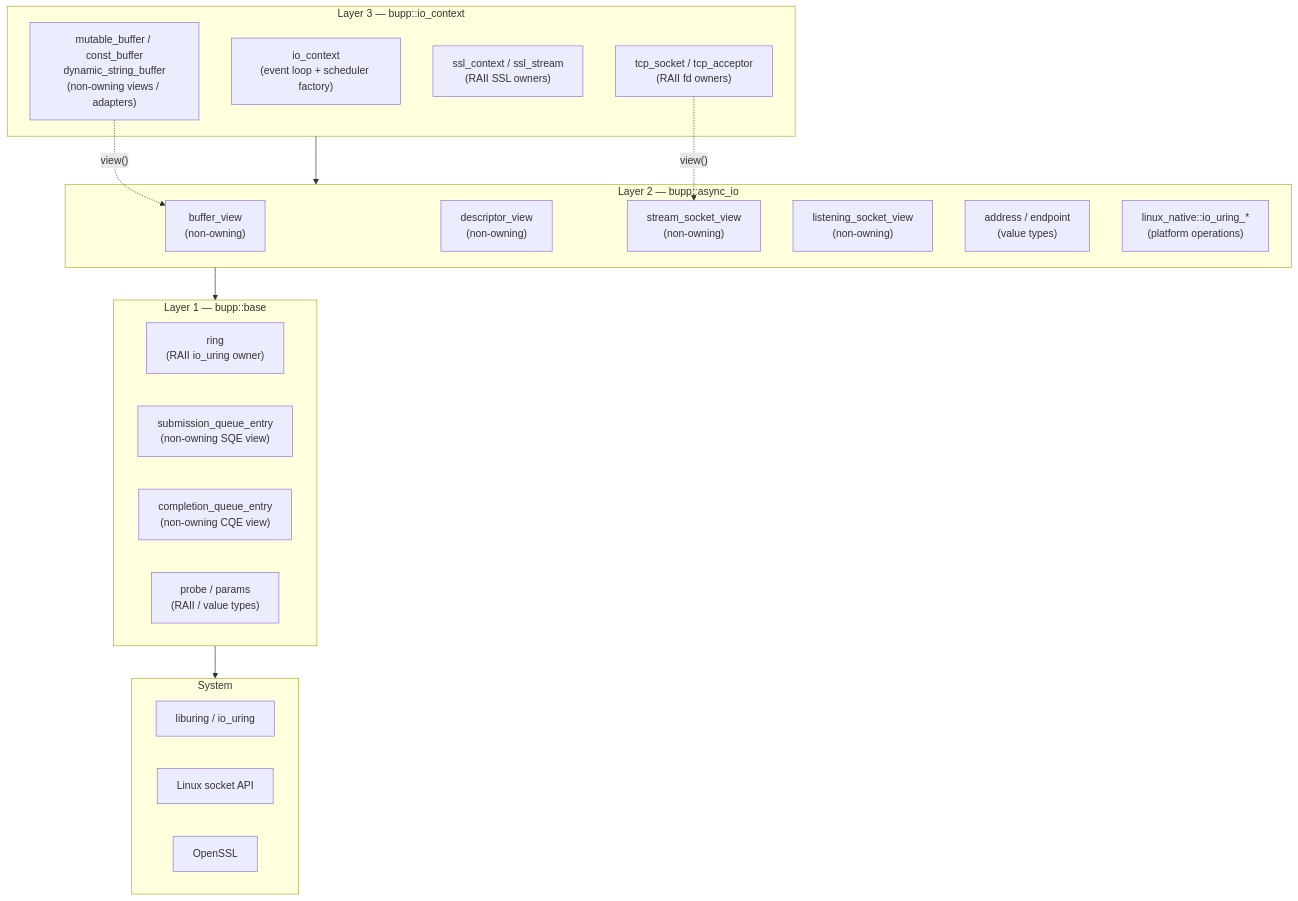
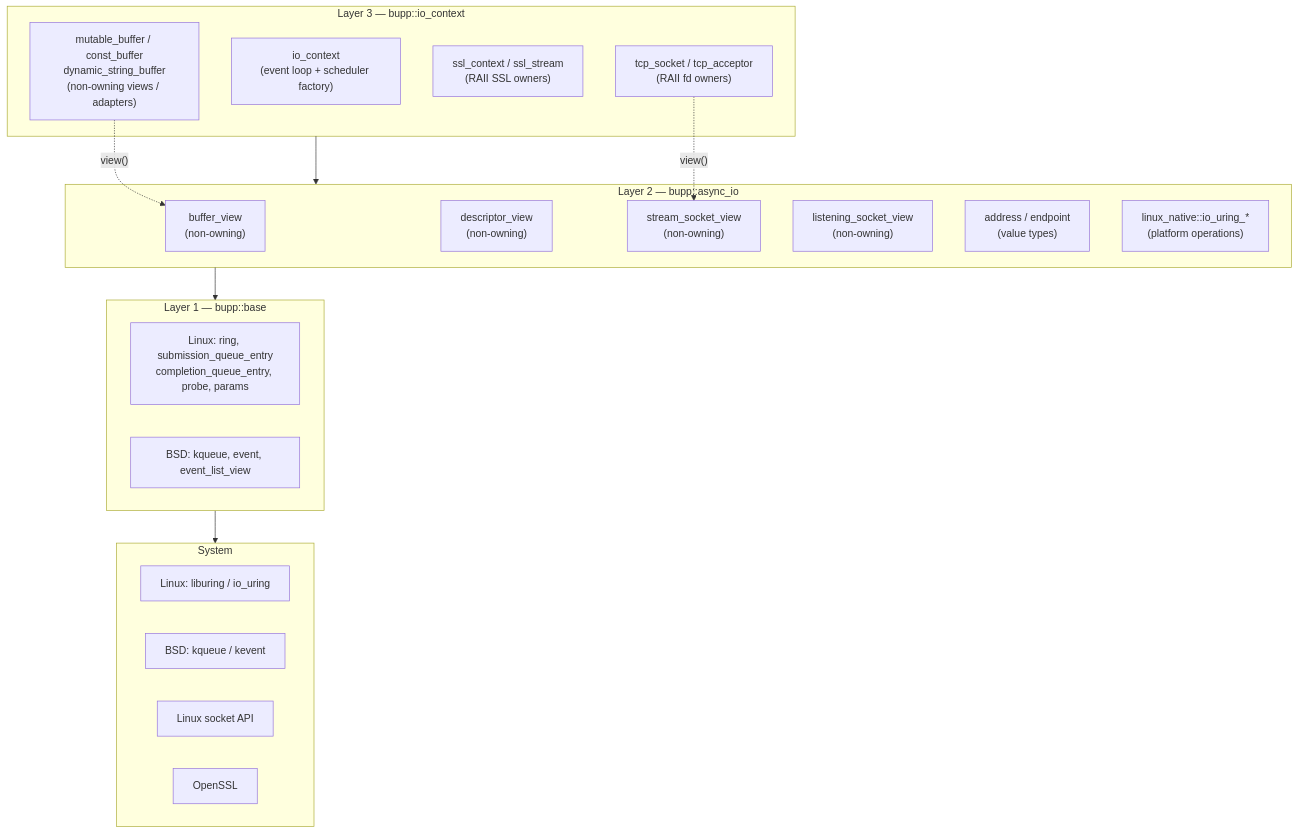
One commit to haomingbai/bnio changed the first of 2 diagrams in docs/design/architecture/layers.md. Above: the diagram before and after it, drawn with Mermaid. The commit also changed other lines of this file and 12 other files, not shown here.

````diff
--- a/docs/design/architecture/layers.md
+++ b/docs/design/architecture/layers.md
@@ -3,37 +3,36 @@
 ```mermaid
 graph TB
     subgraph L3["Layer 3 — bupp::io_context"]
         C3_ctx["io_context<br/>(event loop + scheduler factory)"]
         C3_tcp["tcp_socket / tcp_acceptor<br/>(RAII fd owners)"]
         C3_ssl["ssl_context / ssl_stream<br/>(RAII SSL owners)"]
         C3_buf["mutable_buffer / const_buffer<br/>dynamic_string_buffer<br/>(non-owning views / adapters)"]
     end
 
     subgraph L2["Layer 2 — bupp::async_io"]
         C2_buf["buffer_view<br/>(non-owning)"]
         C2_desc["descriptor_view<br/>(non-owning)"]
         C2_stream["stream_socket_view<br/>(non-owning)"]
         C2_listen["listening_socket_view<br/>(non-owning)"]
         C2_ip["address / endpoint<br/>(value types)"]
         C2_native["linux_native::io_uring_*<br/>(platform operations)"]
     end
 
     subgraph L1["Layer 1 — bupp::base"]
-        C1_ring["ring<br/>(RAII io_uring owner)"]
-        C1_sqe["submission_queue_entry<br/>(non-owning SQE view)"]
-        C1_cqe["completion_queue_entry<br/>(non-owning CQE view)"]
-        C1_probe["probe / params<br/>(RAII / value types)"]
+        C1_linux["Linux: ring, submission_queue_entry<br/>completion_queue_entry, probe, params"]
+        C1_bsd["BSD: kqueue, event, event_list_view"]
     end
 
     subgraph SYS["System"]
-        S1["liburing / io_uring"]
-        S2["Linux socket API"]
-        S3["OpenSSL"]
+        S1["Linux: liburing / io_uring"]
+        S2["BSD: kqueue / kevent"]
+        S3["Linux socket API"]
+        S4["OpenSSL"]
     end
 
     L1 --> SYS
     L2 --> L1
     L3 --> L2
     C3_tcp -.->|"view()"| C2_stream
     C3_buf -.->|"view()"| C2_buf
 ```
````
